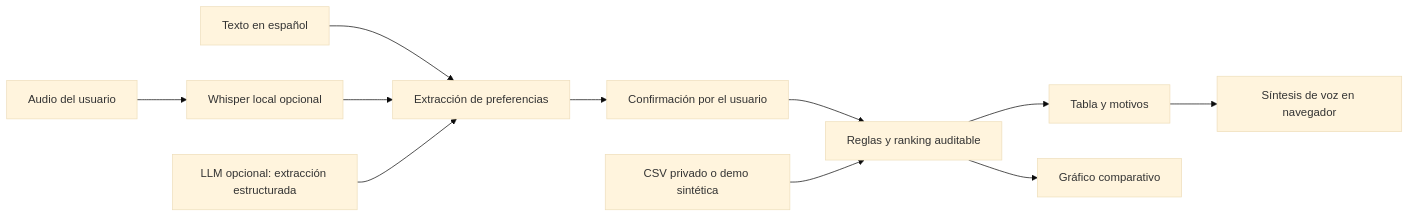
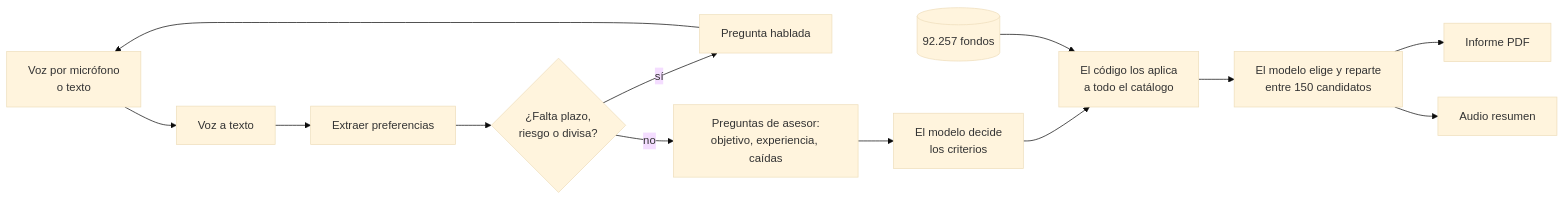
Before and after one commit to NataliaSJO/Taller_B5_T4_Multimodales: the second of 2 diagrams in README.md, drawn with Mermaid (base theme). The commit also changed other lines of this file and 48 other files, not shown here.

First line of the commit message:
Conversación por voz, filtro con IA en GPU, PDF y audio resumen

````diff
--- a/README.md
+++ b/README.md
@@ -43,12 +107,14 @@
 ```mermaid
 flowchart LR
-    A[Texto en español] --> P[Extracción de preferencias]
-    B[Audio del usuario] --> W[Whisper local opcional] --> P
-    P --> C[Confirmación por el usuario]
-    C --> R[Reglas y ranking auditable]
-    D[CSV privado o demo sintética] --> R
-    R --> T[Tabla y motivos]
-    R --> G[Gráfico comparativo]
-    T --> V[Síntesis de voz en navegador]
-    O[LLM opcional: extracción estructurada] --> P
+    U[Voz por micrófono<br/>o texto] --> S[Voz a texto]
+    S --> E[Extraer preferencias]
+    E --> F{¿Falta plazo,<br/>riesgo o divisa?}
+    F -- sí --> Q[Pregunta hablada] --> U
+    F -- no --> A[Preguntas de asesor:<br/>objetivo, experiencia, caídas]
+    A --> C[El modelo decide<br/>los criterios]
+    C --> R[El código los aplica<br/>a todo el catálogo]
+    D[(92.257 fondos)] --> R
+    R --> L[El modelo elige y reparte<br/>entre 150 candidatos]
+    L --> P[Informe PDF]
+    L --> V[Audio resumen]
 ```
````
